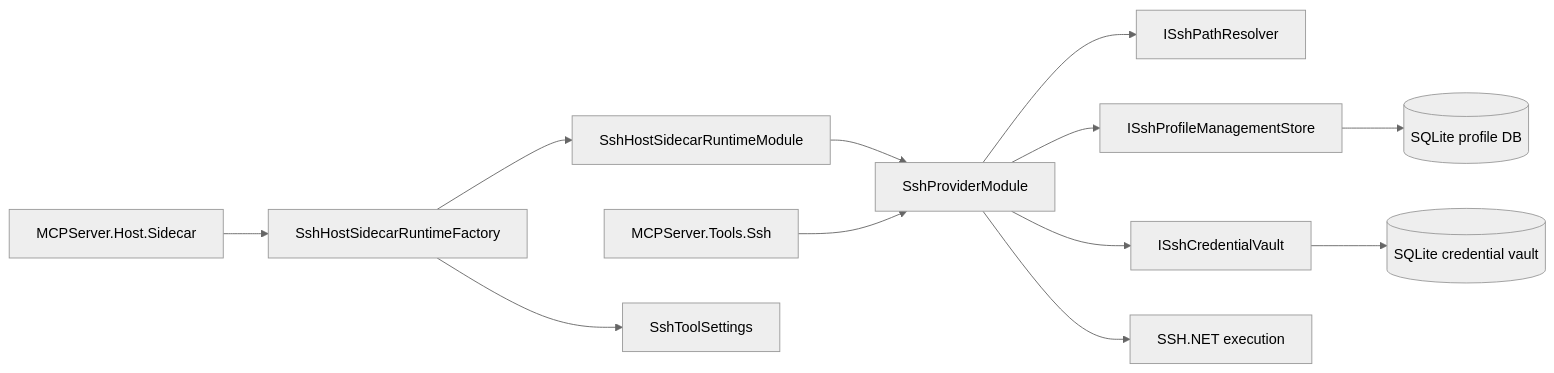
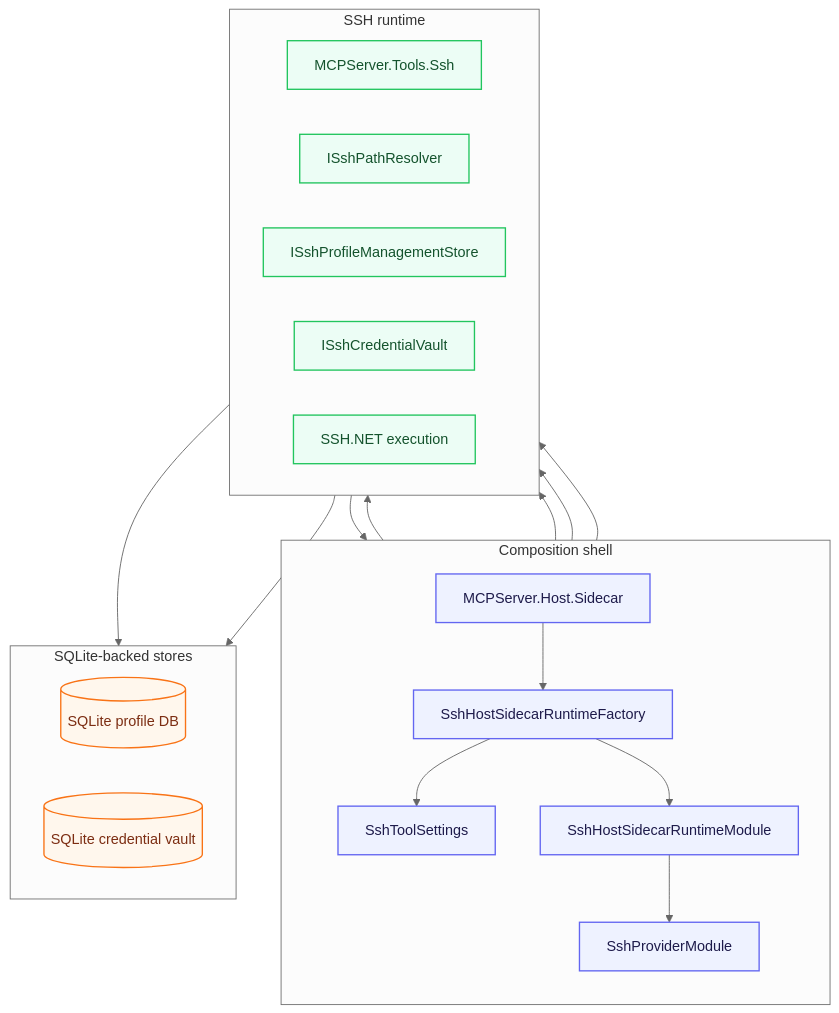
Before and after one commit to haxxornulled/SharpMCPServer: the diagram in docs/SSH_BOUNDARY.md, drawn with Mermaid (neutral theme). The commit also changed 97 other files, not shown here.

````diff
--- a/docs/SSH_BOUNDARY.md
+++ b/docs/SSH_BOUNDARY.md
@@ -29,27 +29,42 @@
 ```mermaid
-flowchart LR
-    SidecarCLI["MCPServer.Host.Sidecar"]
-    Factory["SshHostSidecarRuntimeFactory"]
-    RuntimeModule["SshHostSidecarRuntimeModule"]
-    ProviderModule["SshProviderModule"]
-    Tools["MCPServer.Tools.Ssh"]
-    Settings["SshToolSettings"]
-    PathResolver["ISshPathResolver"]
-    ProfileStore["ISshProfileManagementStore"]
-    Vault["ISshCredentialVault"]
-    SqliteProfiles[(SQLite profile DB)]
-    SqliteVault[(SQLite credential vault)]
-    SshNet["SSH.NET execution"]
+flowchart TB
+    classDef shell fill:#eef2ff,stroke:#6366f1,color:#1e1b4b,stroke-width:1.5px;
+    classDef runtime fill:#ecfdf5,stroke:#22c55e,color:#14532d,stroke-width:1.5px;
+    classDef storage fill:#fff7ed,stroke:#f97316,color:#7c2d12,stroke-width:1.5px;
 
-    SidecarCLI --> Factory
-    Factory --> Settings
-    Factory --> RuntimeModule
-    RuntimeModule --> ProviderModule
+    subgraph Shell["Composition shell"]
+        direction TB
+        SidecarCLI["MCPServer.Host.Sidecar"]:::shell
+        Factory["SshHostSidecarRuntimeFactory"]:::shell
+        RuntimeModule["SshHostSidecarRuntimeModule"]:::shell
+        ProviderModule["SshProviderModule"]:::shell
+
+        SidecarCLI --> Factory
+        Factory --> Settings["SshToolSettings"]:::shell
+        Factory --> RuntimeModule
+        RuntimeModule --> ProviderModule
+    end
+
+    subgraph Runtime["SSH runtime"]
+        direction LR
+        Tools["MCPServer.Tools.Ssh"]:::runtime
+        PathResolver["ISshPathResolver"]:::runtime
+        ProfileStore["ISshProfileManagementStore"]:::runtime
+        Vault["ISshCredentialVault"]:::runtime
+        SshNet["SSH.NET execution"]:::runtime
+    end
+
+    subgraph Storage["SQLite-backed stores"]
+        direction LR
+        SqliteProfiles[(SQLite profile DB)]:::storage
+        SqliteVault[(SQLite credential vault)]:::storage
+    end
+
+    Tools --> ProviderModule
     ProviderModule --> PathResolver
     ProviderModule --> ProfileStore
     ProviderModule --> Vault
     ProviderModule --> SshNet
-    Tools --> ProviderModule
     ProfileStore --> SqliteProfiles
     Vault --> SqliteVault
 ```
````
